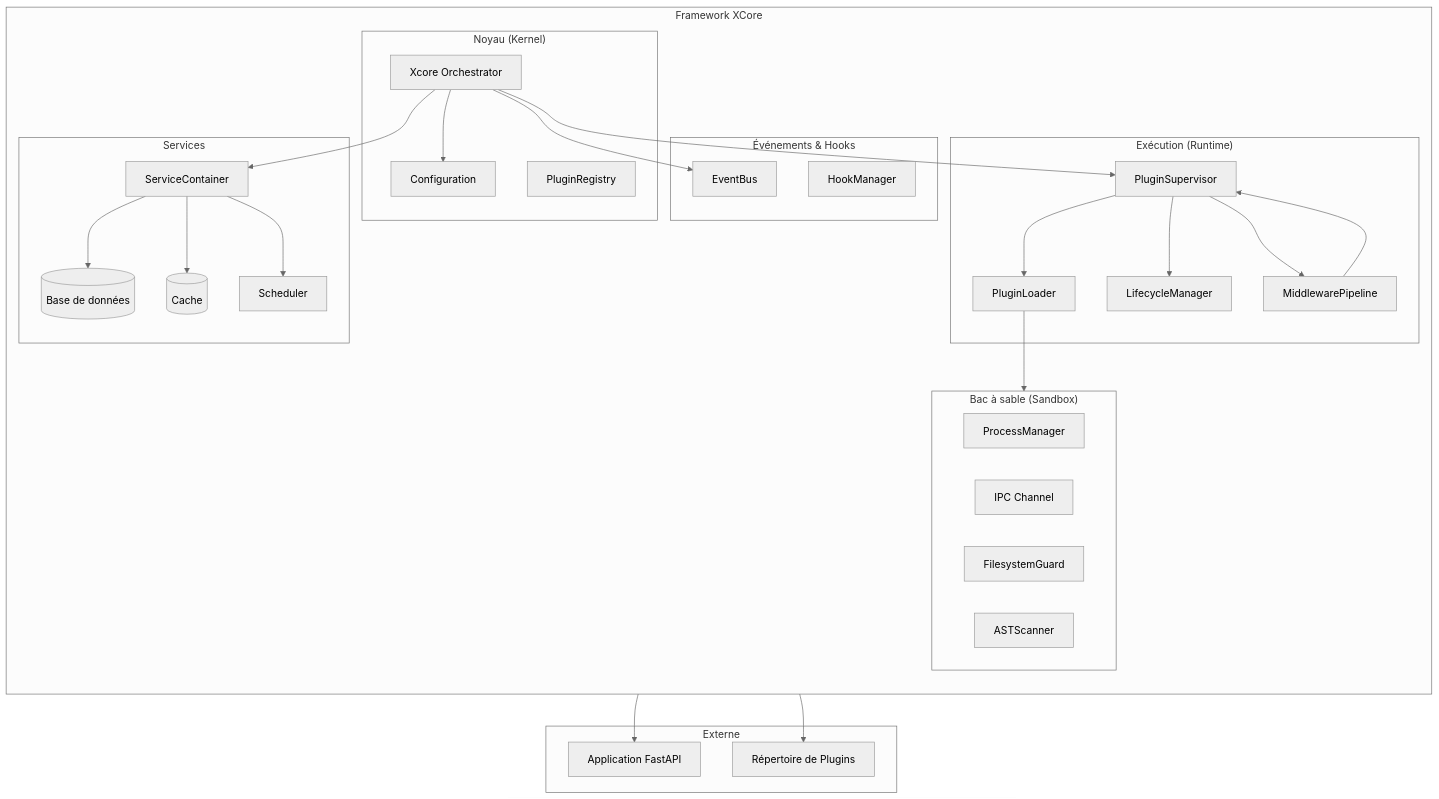
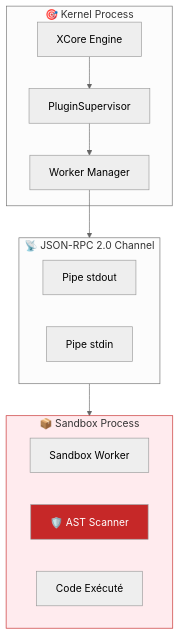
The seventh of 11 diagrams in doc/architecture/overview.md (traoreera/xcore), drawn with Mermaid (neutral theme) before and after one commit. The commit also changed other lines of this file and 92 other files, not shown here.

````diff
--- a/doc/architecture/overview.md
+++ b/doc/architecture/overview.md
@@ -21,61 +317,28 @@
 ```mermaid
 flowchart TB
-    subgraph XCore["Framework XCore"]
-        direction TB
-
-        subgraph Core["Noyau (Kernel)"]
-            X[Xcore Orchestrator]
-            Config[Configuration]
-            Registry[PluginRegistry]
-        end
-
-        subgraph Runtime["Exécution (Runtime)"]
-            PS[PluginSupervisor]
-            PL[PluginLoader]
-            LM[LifecycleManager]
-            MP[MiddlewarePipeline]
-        end
-
-        subgraph Sandbox["Bac à sable (Sandbox)"]
-            PM[ProcessManager]
-            IPC[IPC Channel]
-            Guard[FilesystemGuard]
-            AST[ASTScanner]
-        end
-
-        subgraph Events["Événements & Hooks"]
-            EB[EventBus]
-            HM[HookManager]
-        end
-
-        subgraph Services["Services"]
-            SC[ServiceContainer]
-            DB[(Base de données)]
-            Cache[(Cache)]
-            Sched[Scheduler]
-        end
+    subgraph Kernel["🎯 Kernel Process"]
+        K[XCore Engine]
+        PS[PluginSupervisor]
+        WR[Worker Manager]
     end
-
-    subgraph External["Externe"]
-        FastAPI[Application FastAPI]
-        Plugins[Répertoire de Plugins]
+    
+    subgraph IPC["📡 JSON-RPC 2.0 Channel"]
+        direction LR
+        PIPE1[Pipe stdout]
+        PIPE2[Pipe stdin]
     end
-
-    X --> Config
-    X --> PS
-    X --> EB
-    X --> SC
-
-    PS --> PL
-    PS --> LM
-    PS --> MP
-    PL --> Sandbox
-
-    MP --> PS
-    SC --> DB
-    SC --> Cache
-    SC --> Sched
-
-    PL --> Plugins
-    PS --> FastAPI
+    
+    subgraph Sandbox["📦 Sandbox Process"]
+        SW[Sandbox Worker]
+        AST[🛡️ AST Scanner]
+        EX[Code Exécuté]
+    end
+    
+    K --> PS
+    PS --> WR
+    WR --> IPC
+    IPC --> Sandbox
+    
+    style Sandbox fill:#FFEBEE,stroke:#C62828
+    style AST fill:#C62828,color:#fff
 ```
````
